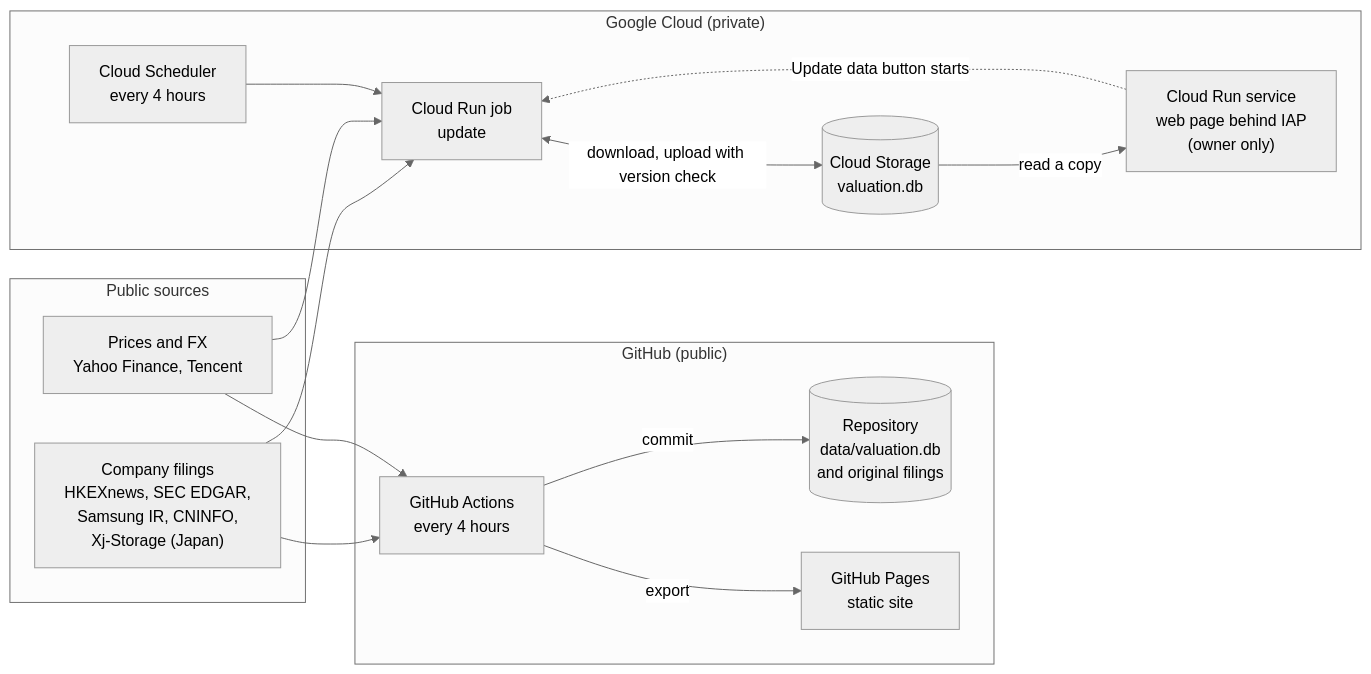
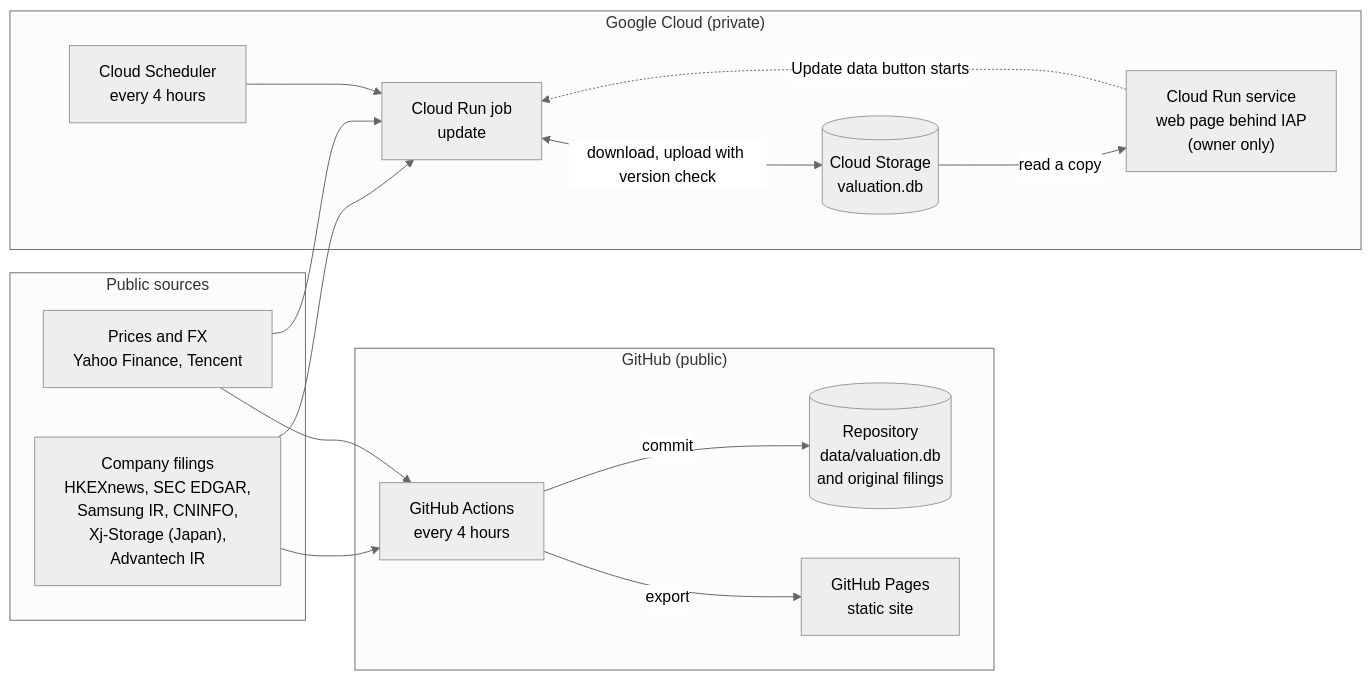
One commit to yun-zhsh/Watchlist-monitor changed the diagram in README.md. Above: the diagram before and after it, drawn with Mermaid (neutral theme). The commit also changed other lines of this file and 10 other files, not shown here.

````diff
--- a/README.md
+++ b/README.md
@@ -19,32 +19,32 @@
 ```mermaid
 flowchart LR
   subgraph SRC["Public sources"]
-    F["Company filings<br/>HKEXnews, SEC EDGAR,<br/>Samsung IR, CNINFO,<br/>Xj-Storage (Japan)"]
+    F["Company filings<br/>HKEXnews, SEC EDGAR,<br/>Samsung IR, CNINFO,<br/>Xj-Storage (Japan),<br/>Advantech IR"]
     P["Prices and FX<br/>Yahoo Finance, Tencent"]
   end
 
   subgraph GH["GitHub (public)"]
     A["GitHub Actions<br/>every 4 hours"]
     R[("Repository<br/>data/valuation.db<br/>and original filings")]
     S["GitHub Pages<br/>static site"]
   end
 
   subgraph GCP["Google Cloud (private)"]
     SCH["Cloud Scheduler<br/>every 4 hours"]
     J["Cloud Run job<br/>update"]
     B[("Cloud Storage<br/>valuation.db")]
     W["Cloud Run service<br/>web page behind IAP<br/>(owner only)"]
   end
 
   F --> A
   P --> A
   A -- commit --> R
   A -- export --> S
 
   F --> J
   P --> J
   SCH --> J
   J <-- "download, upload with version check" --> B
   B -- "read a copy" --> W
   W -. "Update data button starts" .-> J
 ```
````
